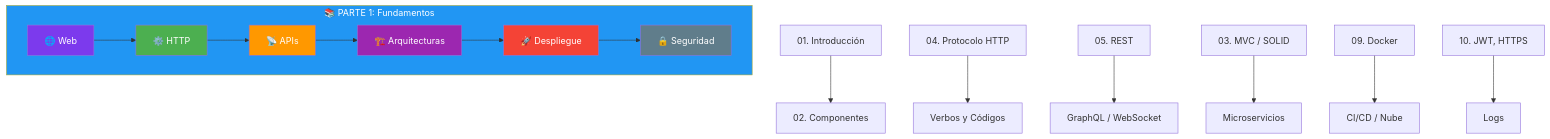
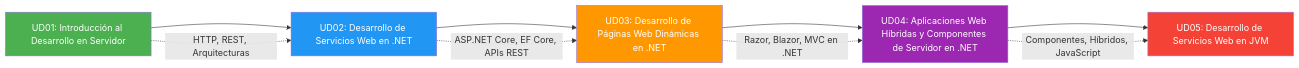
Before and after one commit to joseluisgs/DesarrolloWebEntornosServidor-01-2026-2027: the second of 2 diagrams in 25-resumen.md, drawn with Mermaid. The commit also changed other lines of this file, not shown here.

````diff
--- a/25-resumen.md
+++ b/25-resumen.md
@@ -30,25 +563,18 @@
 ```mermaid
-graph TD
-    subgraph PARTE1["📚 PARTE 1: Fundamentos"]
-        A["🌐 Web"] --> B["⚙️ HTTP"]
-        B --> C["📡 APIs"]
-        C --> D["🏗️ Arquitecturas"]
-        D --> E["🚀 Despliegue"]
-        E --> F["🔒 Seguridad"]
-    end
+graph LR
+    UD01[UD01: Introducción al Desarrollo en Servidor] --> UD02[UD02: Desarrollo de Servicios Web en .NET]
+    UD02 --> UD03[UD03: Desarrollo de Páginas Web Dinámicas en .NET]
+    UD03 --> UD04[UD04: Aplicaciones Web Híbridas y Componentes de Servidor en .NET]
+    UD04 --> UD05[UD05: Desarrollo de Servicios Web en JVM]
 
-    A1["01. Introducción"] --> A2["02. Componentes"]
-    B1["04. Protocolo HTTP"] --> B2["Verbos y Códigos"]
-    C1["05. REST"] --> C2["GraphQL / WebSocket"]
-    D1["03. MVC / SOLID"] --> D2["Microservicios"]
-    E1["09. Docker"] --> E2["CI/CD / Nube"]
-    F1["10. JWT, HTTPS"] --> F2["Logs"]
+    UD01 -.->|HTTP, REST, Arquitecturas| UD02
+    UD02 -.->|ASP.NET Core, EF Core, APIs REST| UD03
+    UD03 -.->|Razor, Blazor, MVC en .NET| UD04
+    UD04 -.->|Componentes, Híbridos, JavaScript| UD05
 
-    style PARTE1 fill:#2196F3,color:#fff
-    style A fill:#7c3aed,color:#fff
-    style B fill:#4CAF50,color:#fff
-    style C fill:#FF9800,color:#fff
-    style D fill:#9C27B0,color:#fff
-    style E fill:#f44336,color:#fff
-    style F fill:#607D8B,color:#fff
+    style UD01 fill:#4CAF50,color:#fff
+    style UD02 fill:#2196F3,color:#fff
+    style UD03 fill:#FF9800,color:#fff
+    style UD04 fill:#9C27B0,color:#fff
+    style UD05 fill:#f44336,color:#fff
 ```
````
